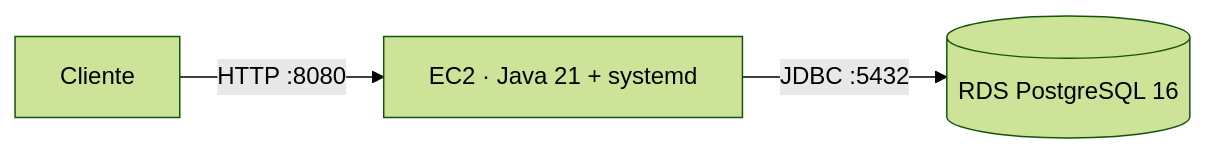
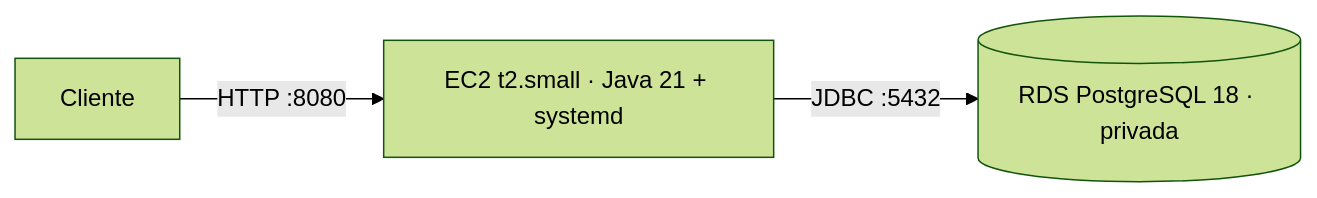
One commit to Eduardo-Vila-coder/MuvU changed the third of 3 diagrams in README.md. Above: the diagram before and after it, drawn with Mermaid (forest theme). The commit also changed other lines of this file, not shown here.

Commit message:
docs: deploy en AWS (EC2 + RDS) con evidencia

````diff
--- a/README.md
+++ b/README.md
@@ -276,5 +276,5 @@
 ```mermaid
 flowchart LR
-    U[Cliente] -->|HTTP :8080| EC2[EC2 · Java 21 + systemd]
-    EC2 -->|JDBC :5432| RDS[(RDS PostgreSQL 16)]
+    U[Cliente] -->|HTTP :8080| EC2[EC2 t2.small · Java 21 + systemd]
+    EC2 -->|JDBC :5432| RDS[(RDS PostgreSQL 18 · privada)]
 ```
````
